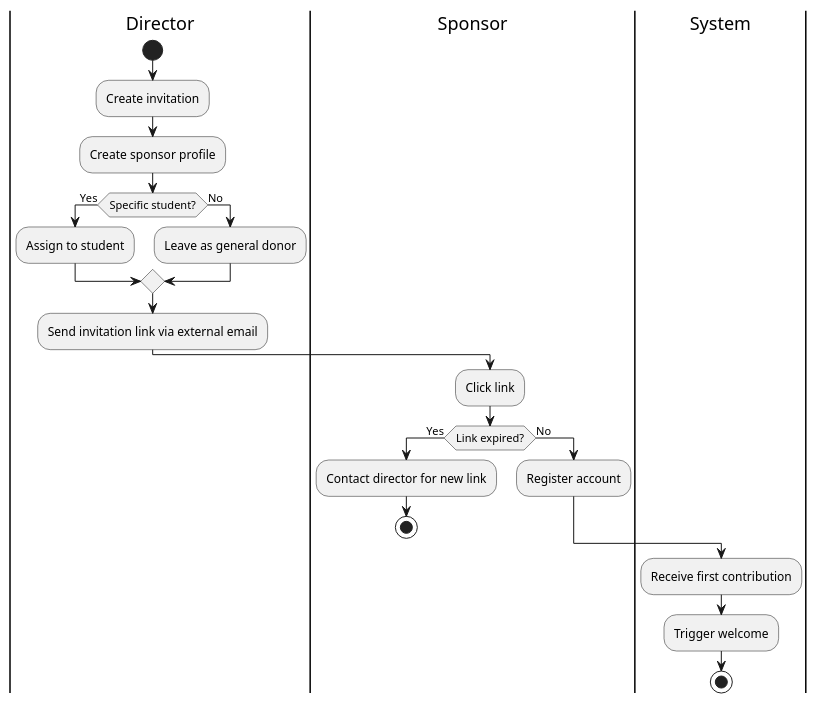
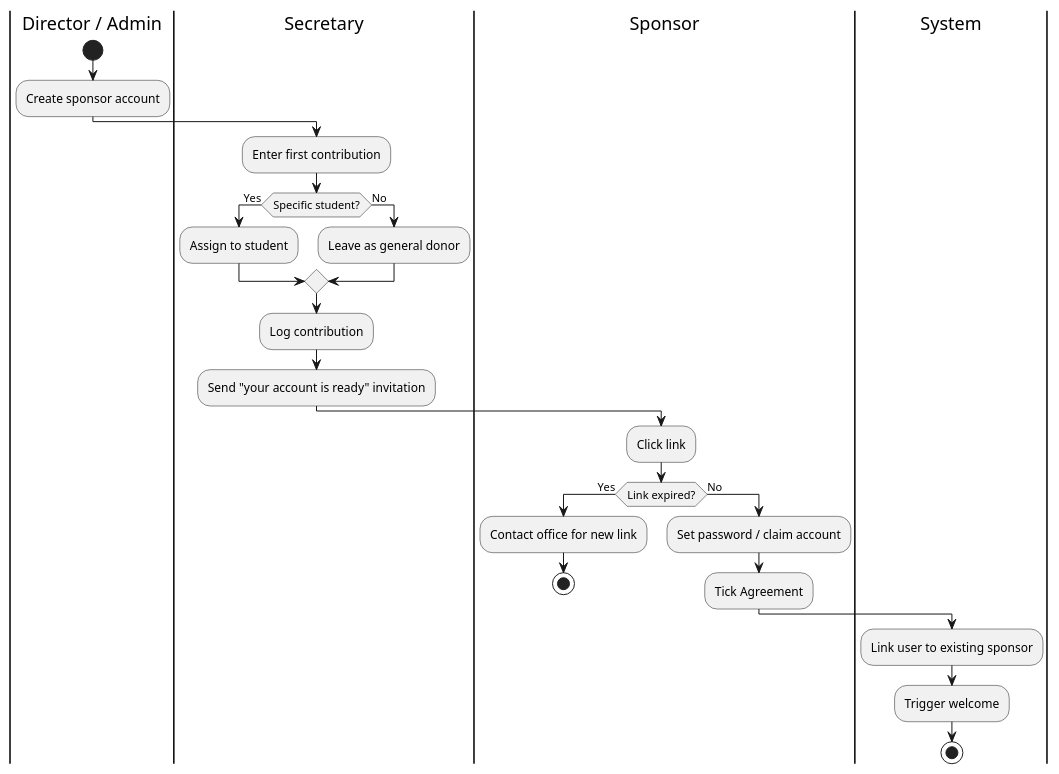
The diagram in activity-diagram/workflow_sponsor.puml (TainYanTun/BHSMS-Architectural-Blueprint), drawn with PlantUML before and after one commit. The commit also changed 30 other files, not shown here.

```diff
--- a/activity-diagram/workflow_sponsor.puml
+++ b/activity-diagram/workflow_sponsor.puml
@@ -1,26 +1,29 @@
 @startuml
-|Director|
+|Director / Admin|
 start
-:Create invitation;
-:Create sponsor profile;
+:Create sponsor account;
+|Secretary|
+:Enter first contribution;
 if (Specific student?) then (Yes)
   :Assign to student;
 else (No)
   :Leave as general donor;
 endif
-:Send invitation link via external email;
+:Log contribution;
+:Send "your account is ready" invitation;
 
 |Sponsor|
 :Click link;
 if (Link expired?) then (Yes)
-  :Contact director for new link;
+  :Contact office for new link;
   stop
 else (No)
-  :Register account;
+  :Set password / claim account;
+  :Tick Agreement;
 endif
 
 |System|
-:Receive first contribution;
+:Link user to existing sponsor;
 :Trigger welcome;
 stop
 @enduml
```
